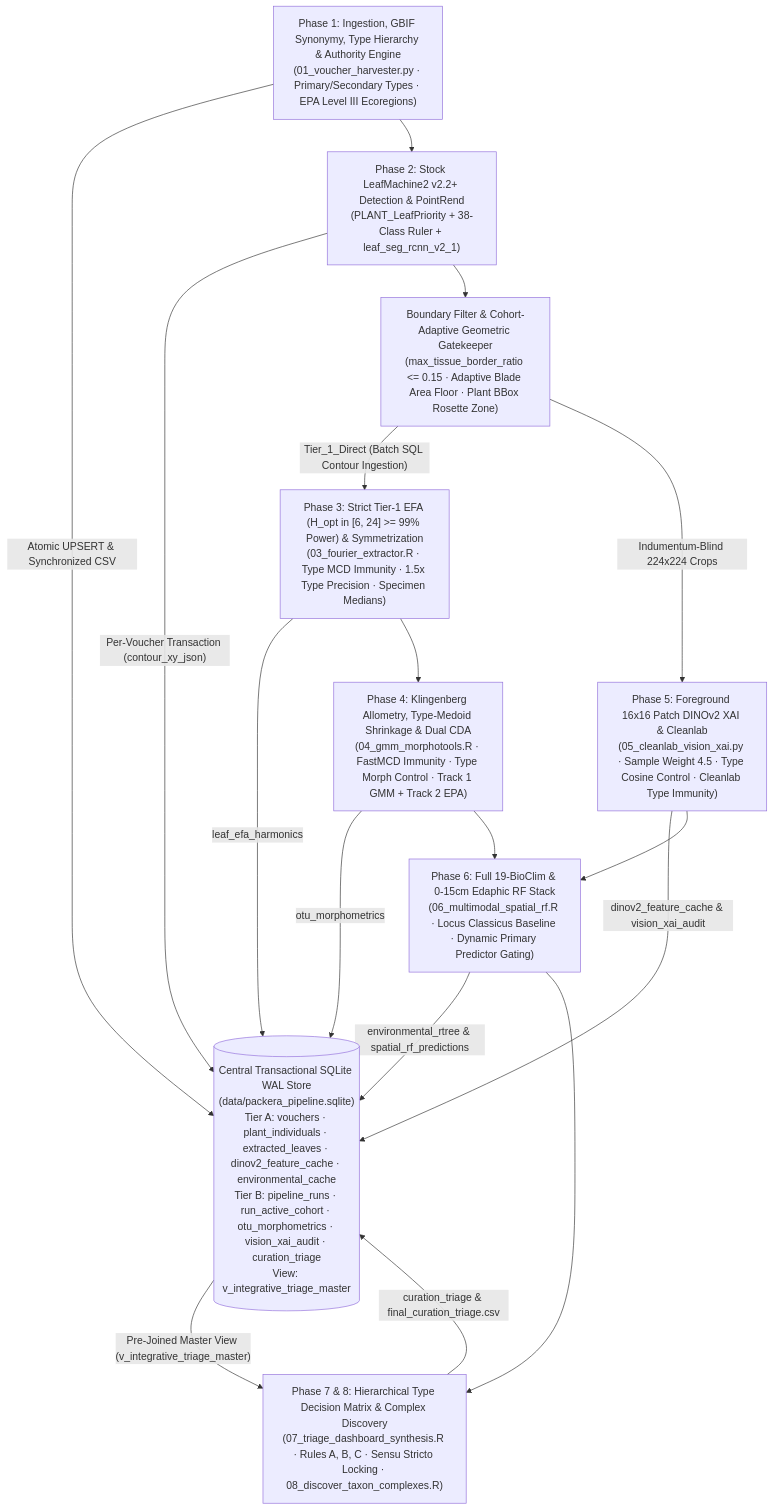
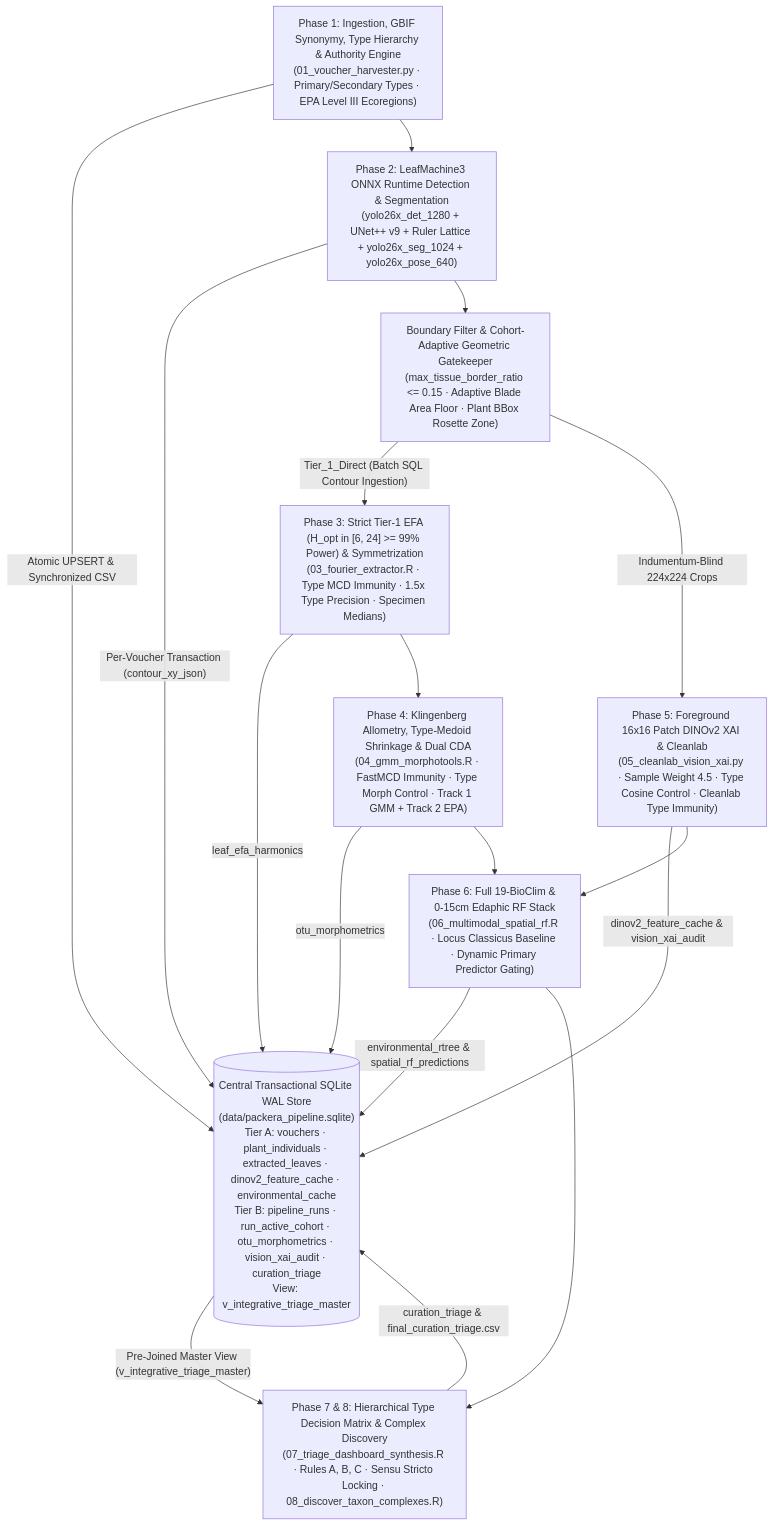
One commit to Plantatsrophe/Packera_dubia_morphometrics changed the diagram in README.md. Above: the diagram before and after it, drawn with Mermaid. The commit also changed other lines of this file and 33 other files, not shown here.

Commit message:
refactor: migrate pipeline and vision modules from LeafMachine2 to LeafMachine3 ONNX runtime

````diff
--- a/README.md
+++ b/README.md
@@ -98,20 +98,20 @@
 ```mermaid
 flowchart TD
     DB[("Central Transactional SQLite WAL Store\n(data/packera_pipeline.sqlite)\nTier A: vouchers · plant_individuals · extracted_leaves · dinov2_feature_cache · environmental_cache\nTier B: pipeline_runs · run_active_cohort · otu_morphometrics · vision_xai_audit · curation_triage\nView: v_integrative_triage_master")]
 
     B1["Phase 1: Ingestion, GBIF Synonymy, Type Hierarchy & Authority Engine\n(01_voucher_harvester.py · Primary/Secondary Types · EPA Level III Ecoregions)"] -->|"Atomic UPSERT & Synchronized CSV"| DB
-    B1 --> B2["Phase 2: Stock LeafMachine2 v2.2+ Detection & PointRend\n(PLANT_LeafPriority + 38-Class Ruler + leaf_seg_rcnn_v2_1)"]
+    B1 --> B2["Phase 2: LeafMachine3 ONNX Runtime Detection & Segmentation\n(yolo26x_det_1280 + UNet++ v9 + Ruler Lattice + yolo26x_seg_1024 + yolo26x_pose_640)"]
     B2 -->|"Per-Voucher Transaction (contour_xy_json)"| DB
     B2 --> B3["Boundary Filter & Cohort-Adaptive Geometric Gatekeeper\n(max_tissue_border_ratio <= 0.15 · Adaptive Blade Area Floor · Plant BBox Rosette Zone)"]
     B3 -->|"Tier_1_Direct (Batch SQL Contour Ingestion)"| B4["Phase 3: Strict Tier-1 EFA (H_opt in [6, 24] >= 99% Power) & Symmetrization\n(03_fourier_extractor.R · Type MCD Immunity · 1.5x Type Precision · Specimen Medians)"]
     B4 -->|"leaf_efa_harmonics"| DB
     B4 --> B5["Phase 4: Klingenberg Allometry, Type-Medoid Shrinkage & Dual CDA\n(04_gmm_morphotools.R · FastMCD Immunity · Type Morph Control · Track 1 GMM + Track 2 EPA)"]
     B5 -->|"otu_morphometrics"| DB
     B3 -->|"Indumentum-Blind 224x224 Crops"| B6["Phase 5: Foreground 16x16 Patch DINOv2 XAI & Cleanlab\n(05_cleanlab_vision_xai.py · Sample Weight 4.5 · Type Cosine Control · Cleanlab Type Immunity)"]
     B6 -->|"dinov2_feature_cache & vision_xai_audit"| DB
     B5 & B6 --> B7["Phase 6: Full 19-BioClim & 0-15cm Edaphic RF Stack\n(06_multimodal_spatial_rf.R · Locus Classicus Baseline · Dynamic Primary Predictor Gating)"]
     B7 -->|"environmental_rtree & spatial_rf_predictions"| DB
     B7 --> B8["Phase 7 & 8: Hierarchical Type Decision Matrix & Complex Discovery\n(07_triage_dashboard_synthesis.R · Rules A, B, C · Sensu Stricto Locking · 08_discover_taxon_complexes.R)"]
     DB -->|"Pre-Joined Master View (v_integrative_triage_master)"| B8
     B8 -->|"curation_triage & final_curation_triage.csv"| DB
 ```
````
